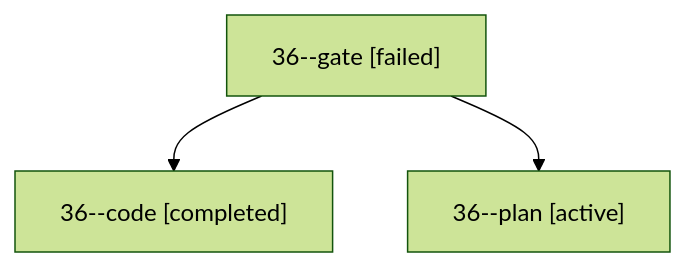
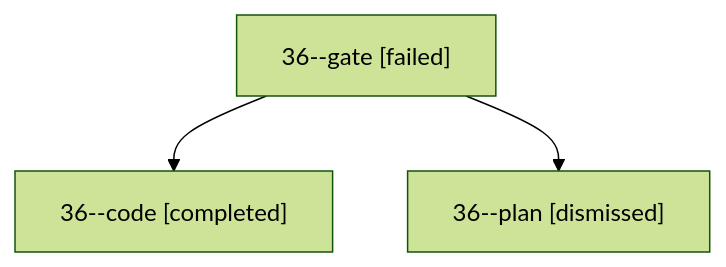
Before and after one commit to bobs-org/bob-cli--agents: the diagram in sessions/bbugyi200.apollo.36.md, drawn with Mermaid (forest theme). The commit also changed other lines of this file and 31 other files, not shown here.

````diff
--- a/sessions/bbugyi200.apollo.36.md
+++ b/sessions/bbugyi200.apollo.36.md
@@ -9,8 +9,8 @@
 ```mermaid
 flowchart TD
   n0["36--gate [failed]"]
   n1["36--code [completed]"]
   n0 --> n1
-  n2["36--plan [active]"]
+  n2["36--plan [dismissed]"]
   n0 --> n2
 ```
````
